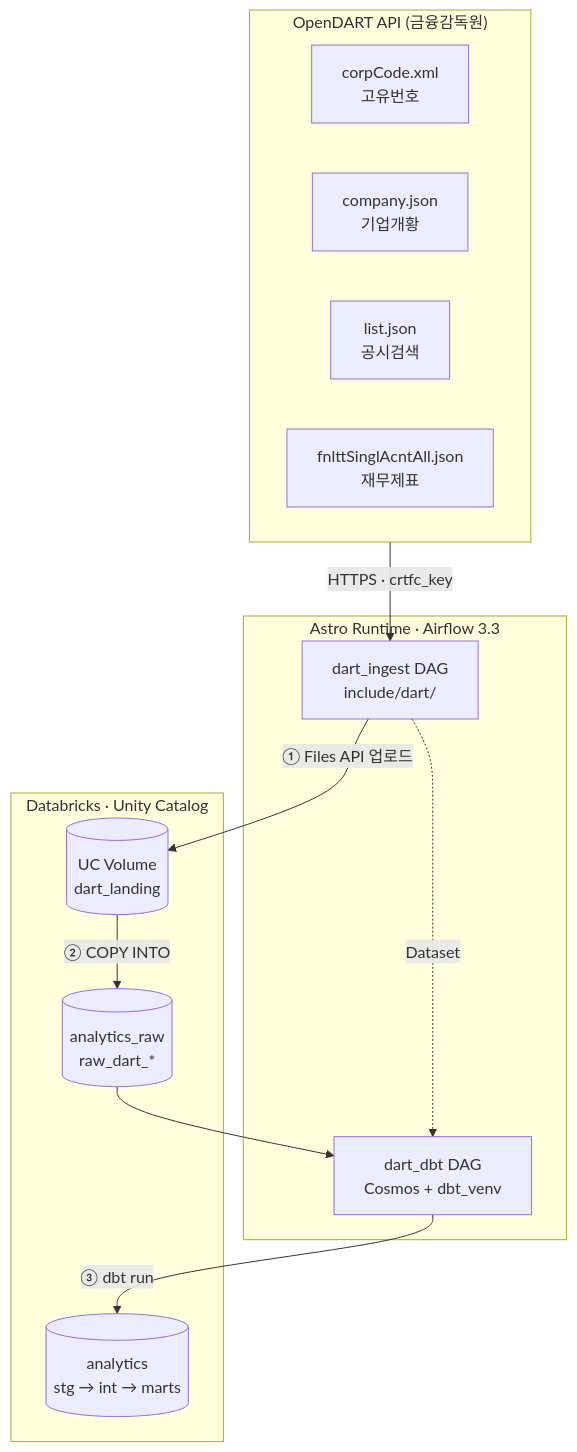
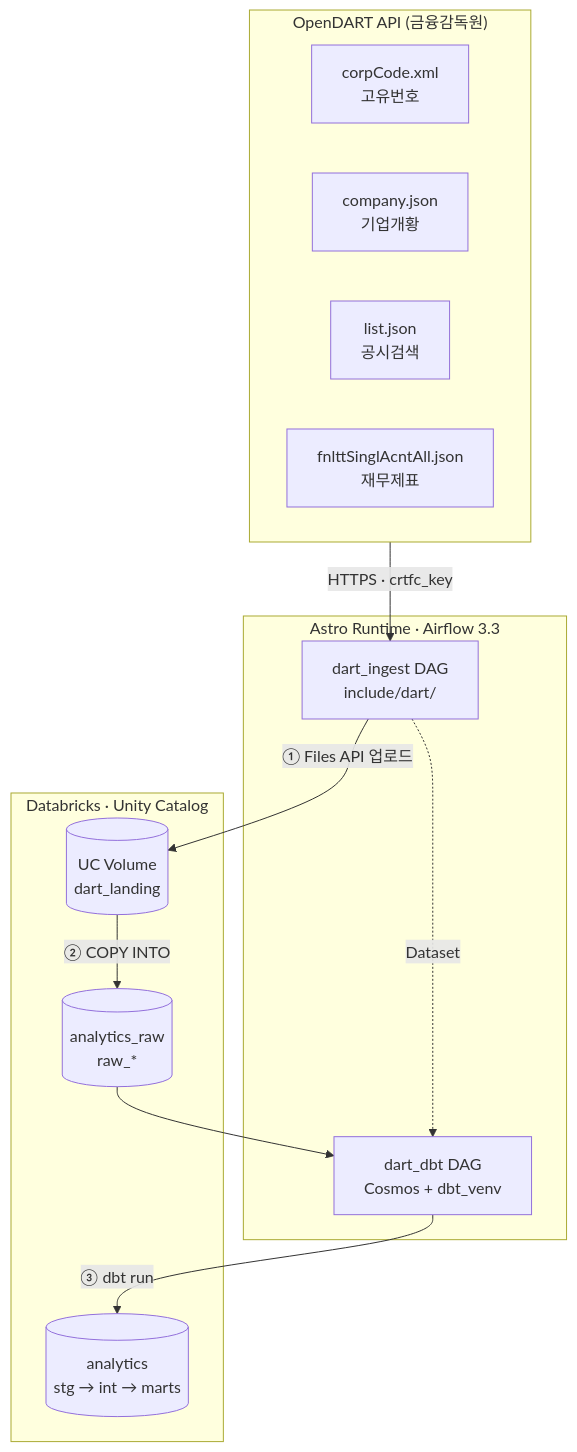
One commit to DailyRoutiner/airflow_dbt changed the diagram in README.md. Above: the diagram before and after it, drawn with Mermaid. The commit also changed other lines of this file and 27 other files, not shown here.

````diff
--- a/README.md
+++ b/README.md
@@ -14,27 +14,27 @@
 ```mermaid
 flowchart TB
     subgraph DART["OpenDART API (금융감독원)"]
         A1["corpCode.xml<br/>고유번호"]
         A2["company.json<br/>기업개황"]
         A3["list.json<br/>공시검색"]
         A4["fnlttSinglAcntAll.json<br/>재무제표"]
     end
 
     subgraph AF["Astro Runtime · Airflow 3.3"]
         B1["dart_ingest DAG<br/>include/dart/"]
         B2["dart_dbt DAG<br/>Cosmos + dbt_venv"]
         B1 -. "Dataset" .-> B2
     end
 
     subgraph DBX["Databricks · Unity Catalog"]
         C1[("UC Volume<br/>dart_landing")]
-        C2[("analytics_raw<br/>raw_dart_*")]
+        C2[("analytics_raw<br/>raw_*")]
         C3[("analytics<br/>stg → int → marts")]
     end
 
     DART -->|"HTTPS · crtfc_key"| B1
     B1 -->|"① Files API 업로드"| C1
     C1 -->|"② COPY INTO"| C2
     C2 --> B2
     B2 -->|"③ dbt run"| C3
 ```
````
